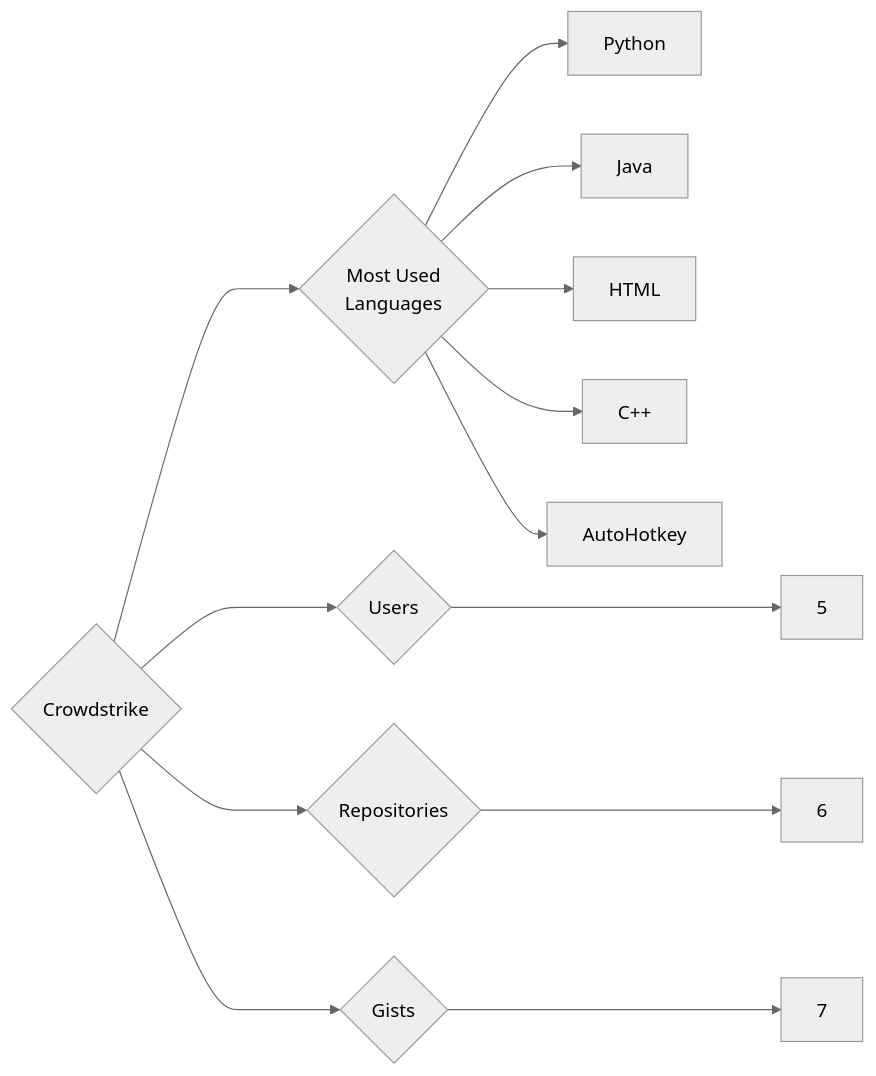
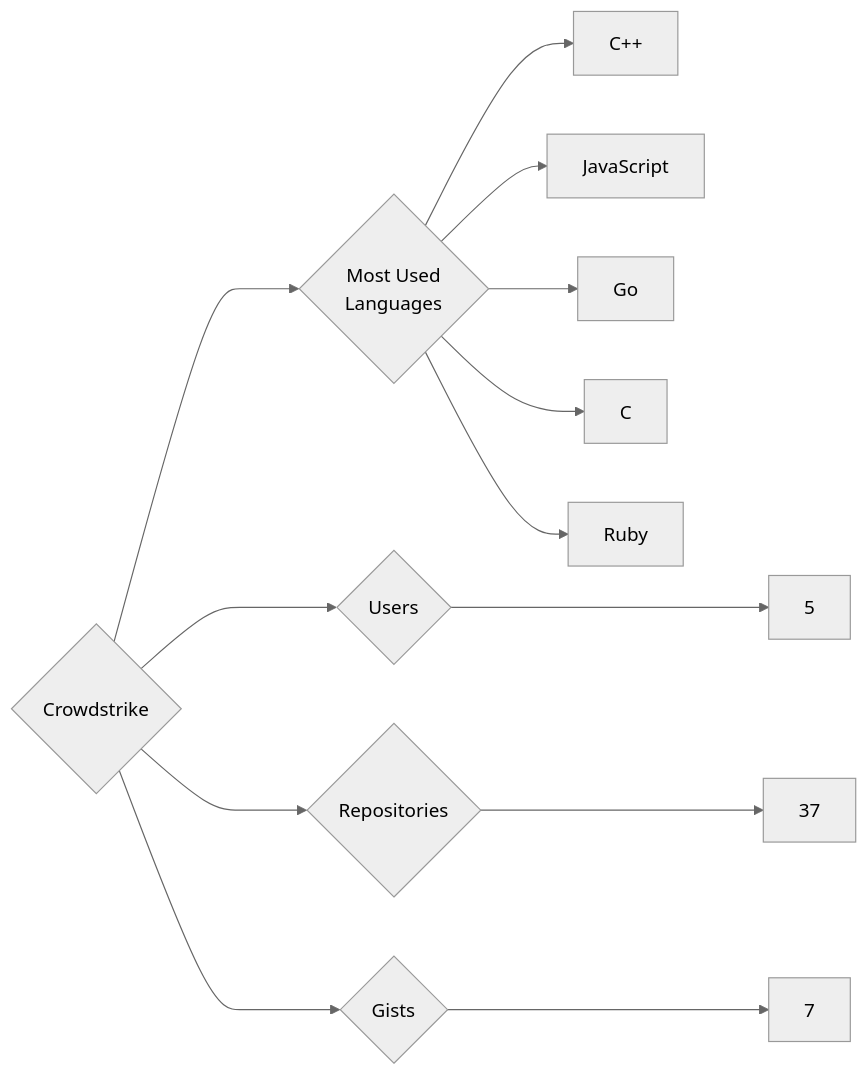
Before and after one commit to trickest/insiders: the diagram in targets/Crowdstrike/README.md, drawn with Mermaid (neutral theme). The commit also changed 1088 other files, not shown here.

````diff
--- a/targets/Crowdstrike/README.md
+++ b/targets/Crowdstrike/README.md
@@ -3,13 +3,13 @@
 ```mermaid
 graph LR
 COMPANY_NAME{Crowdstrike}
 COMPANY_NAME ---> U{Users} ---> UN[5]
-COMPANY_NAME ---> R{Repositories} ---> RN[6]
+COMPANY_NAME ---> R{Repositories} ---> RN[37]
 COMPANY_NAME ---> G{Gists} ---> GN[7]
 COMPANY_NAME ---> ML{Most Used<br>Languages}
-ML --> Python[Python]
-ML --> Java[Java]
-ML --> HTML[HTML]
 ML --> C++[C++]
-ML --> AutoHotkey[AutoHotkey]
+ML --> JavaScript[JavaScript]
+ML --> Go[Go]
+ML --> C[C]
+ML --> Ruby[Ruby]
 ```
````
